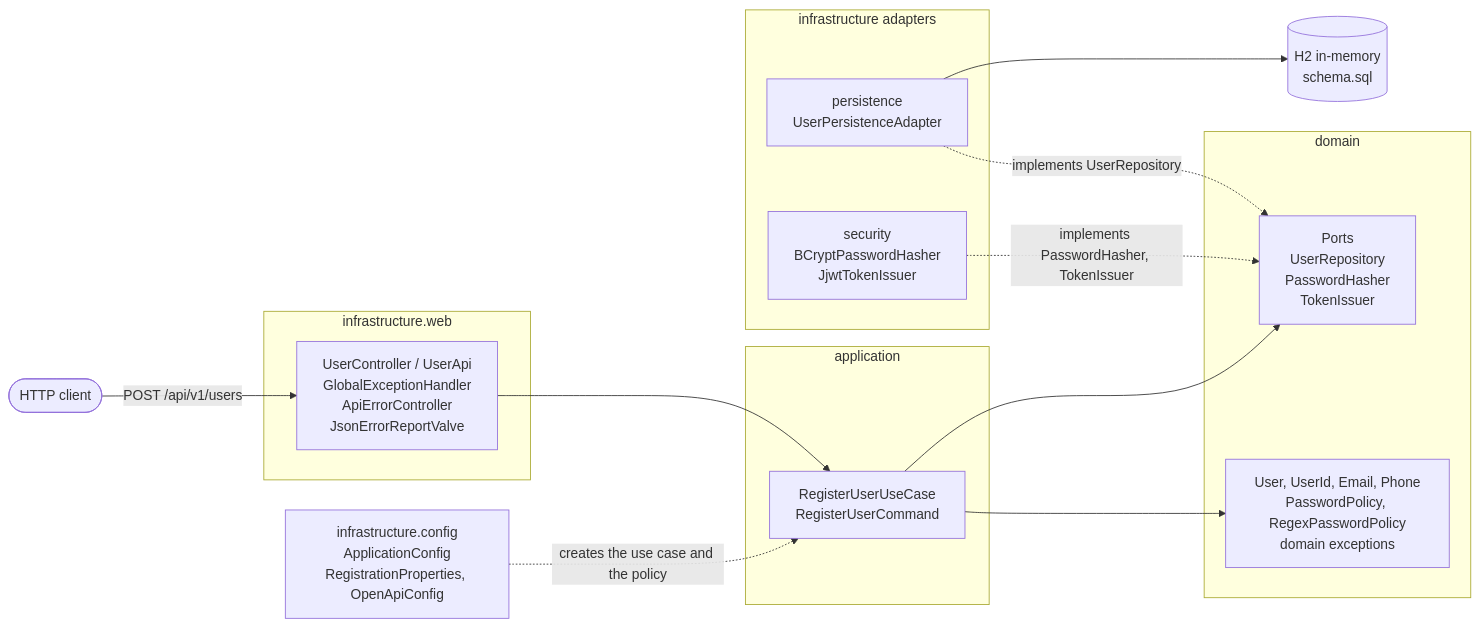
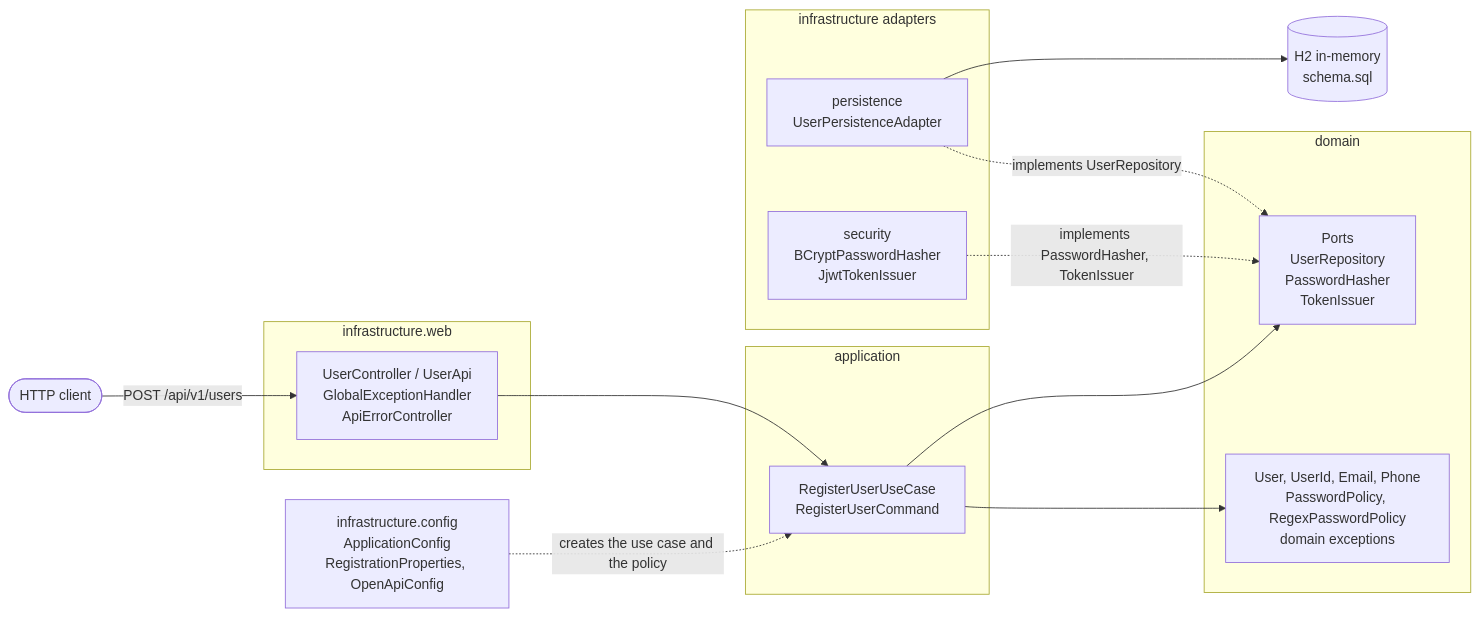
The diagram in docs/diagrams/components.mmd (gussvill/registro-usuarios-api), drawn with Mermaid before and after one commit. The commit also changed 9 other files, not shown here.

Commit message:
refactor(web): drop the Tomcat error-report valve, state the limit

```diff
--- a/docs/diagrams/components.mmd
+++ b/docs/diagrams/components.mmd
@@ -1,32 +1,32 @@
 flowchart LR
   Client([HTTP client])
 
   subgraph infra_in [infrastructure.web]
-    Web["UserController / UserApi<br/>GlobalExceptionHandler<br/>ApiErrorController<br/>JsonErrorReportValve"]
+    Web["UserController / UserApi<br/>GlobalExceptionHandler<br/>ApiErrorController"]
   end
 
   subgraph app [application]
     UC["RegisterUserUseCase<br/>RegisterUserCommand"]
   end
 
   subgraph dom [domain]
     Model["User, UserId, Email, Phone<br/>PasswordPolicy, RegexPasswordPolicy<br/>domain exceptions"]
     Ports["Ports<br/>UserRepository<br/>PasswordHasher<br/>TokenIssuer"]
   end
 
   subgraph infra_out [infrastructure adapters]
     Pers["persistence<br/>UserPersistenceAdapter"]
     Sec["security<br/>BCryptPasswordHasher<br/>JjwtTokenIssuer"]
   end
 
   Cfg["infrastructure.config<br/>ApplicationConfig<br/>RegistrationProperties, OpenApiConfig"]
   H2[("H2 in-memory<br/>schema.sql")]
 
   Client -->|"POST /api/v1/users"| Web
   Web --> UC
   UC --> Model
   UC --> Ports
   Pers -.->|implements UserRepository| Ports
   Sec -.->|implements PasswordHasher, TokenIssuer| Ports
   Pers --> H2
   Cfg -.->|creates the use case and the policy| UC
```
